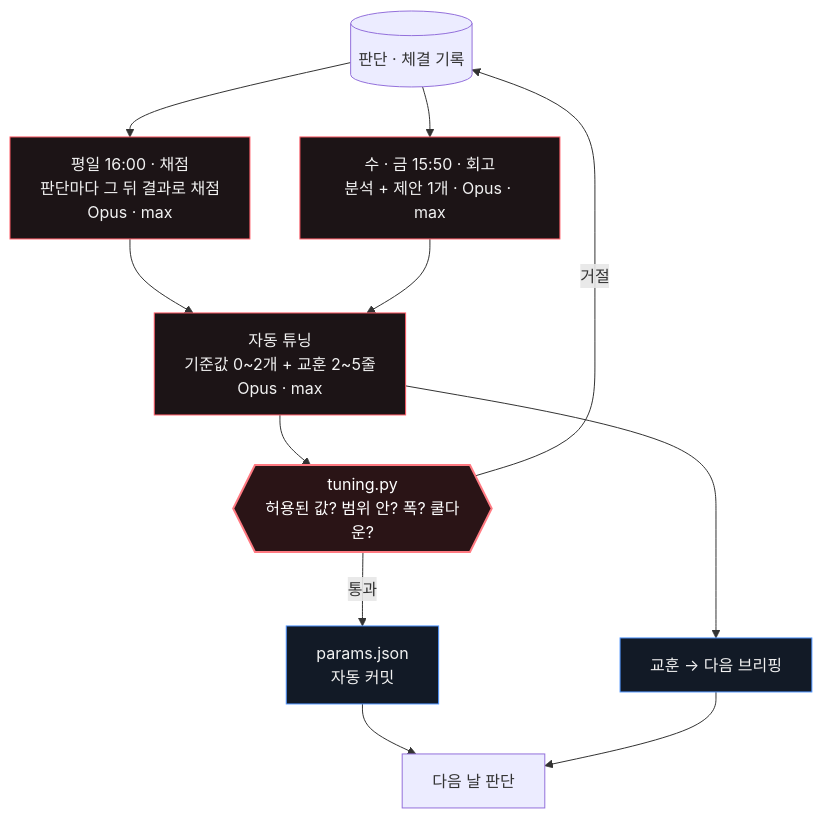
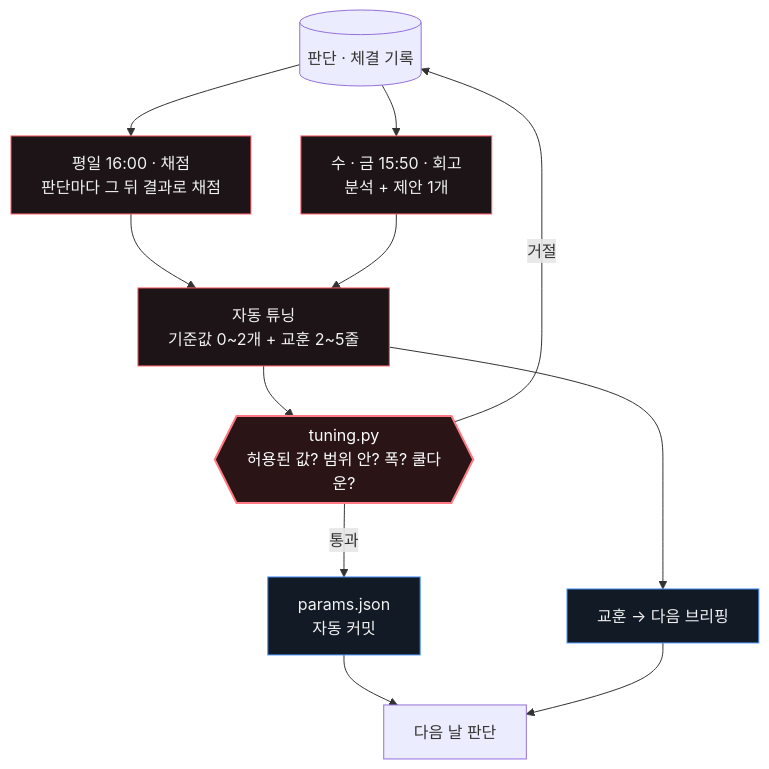
Before and after one commit to isopink/hynix-298f: the diagram in assets/diagrams/tuning.ko.mmd, drawn with Mermaid. The commit also changed 9 other files, not shown here.

```diff
--- a/assets/diagrams/tuning.ko.mmd
+++ b/assets/diagrams/tuning.ko.mmd
@@ -1,17 +1,17 @@
 flowchart TB
-    J[("판단 · 체결 기록")] --> SC["평일 16:00 · 채점<br/>판단마다 그 뒤 결과로 채점<br/>Opus · max"]
-    SC --> TU["자동 튜닝<br/>기준값 0~2개 + 교훈 2~5줄<br/>Opus · max"]
+    J[("판단 · 체결 기록")] --> SC["평일 16:00 · 채점<br/>판단마다 그 뒤 결과로 채점"]
+    SC --> TU["자동 튜닝<br/>기준값 0~2개 + 교훈 2~5줄"]
     TU --> C{{"tuning.py<br/>허용된 값? 범위 안? 폭? 쿨다운?"}}
     C -- 통과 --> P["params.json<br/>자동 커밋"]
     C -- 거절 --> J
     TU --> LS["교훈 → 다음 브리핑"]
     P --> D["다음 날 판단"]
     LS --> D
-    J --> W["수 · 금 15:50 · 회고<br/>분석 + 제안 1개 · Opus · max"]
+    J --> W["수 · 금 15:50 · 회고<br/>분석 + 제안 1개"]
     W --> TU
     classDef agent fill:#1c1416,stroke:#ff5a65,color:#f2f2f2
     classDef hook fill:#2a1416,stroke:#ff7a82,stroke-width:2px,color:#ffffff
     classDef ok fill:#121a26,stroke:#4e94ff,color:#f2f2f2
     class SC,TU,W agent
     class C hook
     class P,LS ok
```
